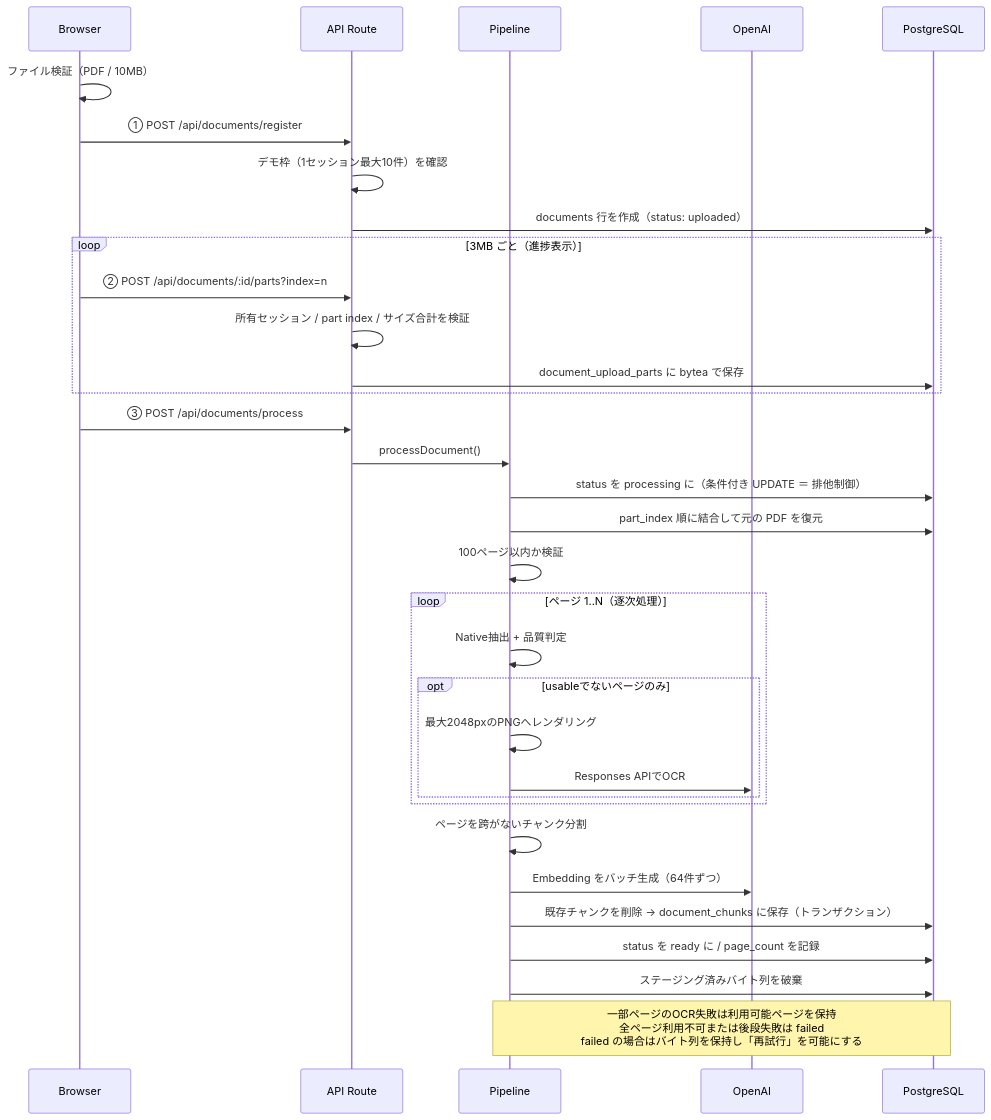
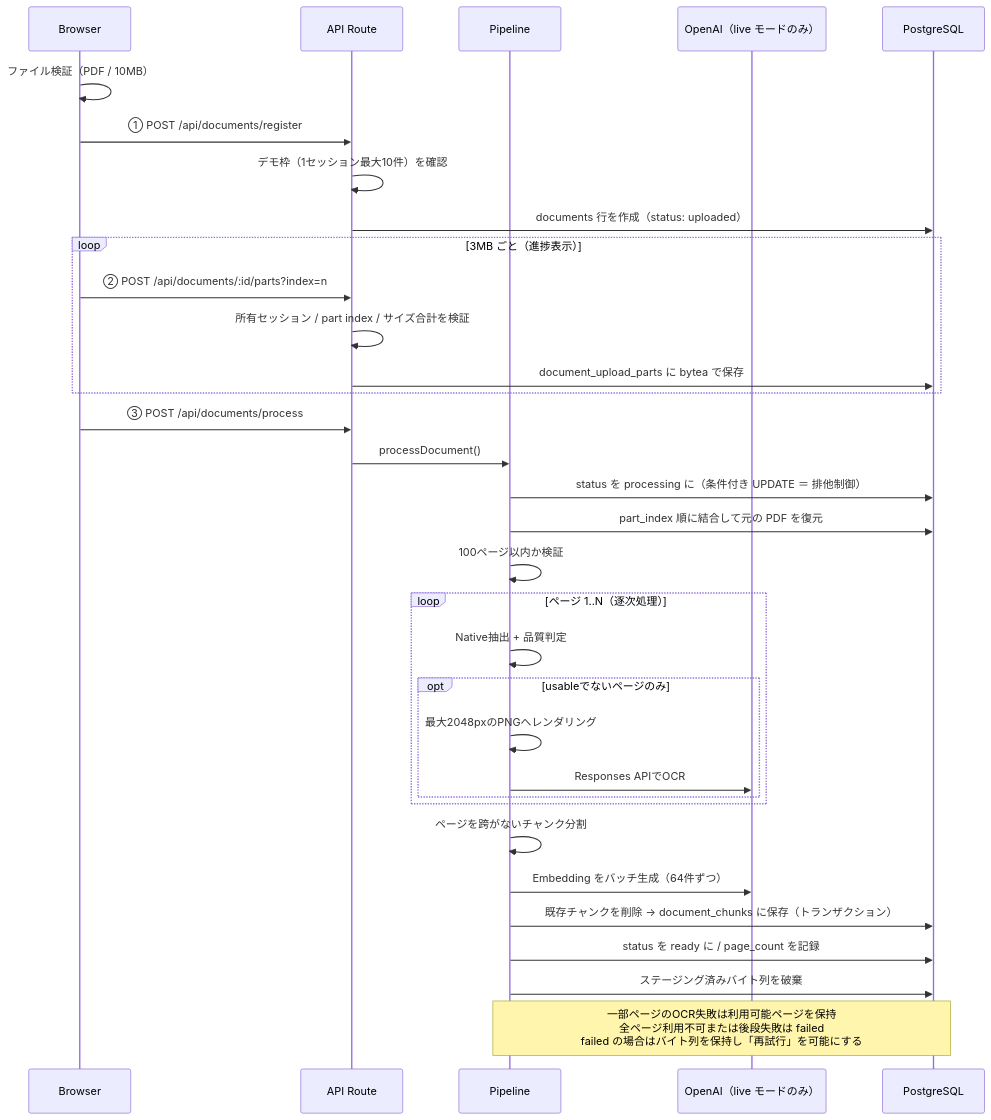
Before and after one commit to aicmode/enterprise-rag-knowledge-ai: the second of 3 diagrams in README.md, drawn with Mermaid. The commit also changed other lines of this file and 25 other files, not shown here.

````diff
--- a/README.md
+++ b/README.md
@@ -236,36 +312,36 @@
 ```mermaid
 sequenceDiagram
     participant B as Browser
     participant A as API Route
     participant P as Pipeline
-    participant O as OpenAI
+    participant O as OpenAI（live モードのみ）
     participant D as PostgreSQL
 
     B->>B: ファイル検証（PDF / 10MB）
     B->>A: ① POST /api/documents/register
     A->>A: デモ枠（1セッション最大10件）を確認
     A->>D: documents 行を作成（status: uploaded）
     loop 3MB ごと（進捗表示）
         B->>A: ② POST /api/documents/:id/parts?index=n
         A->>A: 所有セッション / part index / サイズ合計を検証
         A->>D: document_upload_parts に bytea で保存
     end
     B->>A: ③ POST /api/documents/process
     A->>P: processDocument()
     P->>D: status を processing に（条件付き UPDATE ＝ 排他制御）
     P->>D: part_index 順に結合して元の PDF を復元
     P->>P: 100ページ以内か検証
     loop ページ 1..N（逐次処理）
         P->>P: Native抽出 + 品質判定
         opt usableでないページのみ
             P->>P: 最大2048pxのPNGへレンダリング
             P->>O: Responses APIでOCR
         end
     end
     P->>P: ページを跨がないチャンク分割
     P->>O: Embedding をバッチ生成（64件ずつ）
     P->>D: 既存チャンクを削除 → document_chunks に保存（トランザクション）
     P->>D: status を ready に / page_count を記録
     P->>D: ステージング済みバイト列を破棄
     Note over P,D: 一部ページのOCR失敗は利用可能ページを保持<br/>全ページ利用不可または後段失敗は failed<br/>failed の場合はバイト列を保持し「再試行」を可能にする
 ```
````
